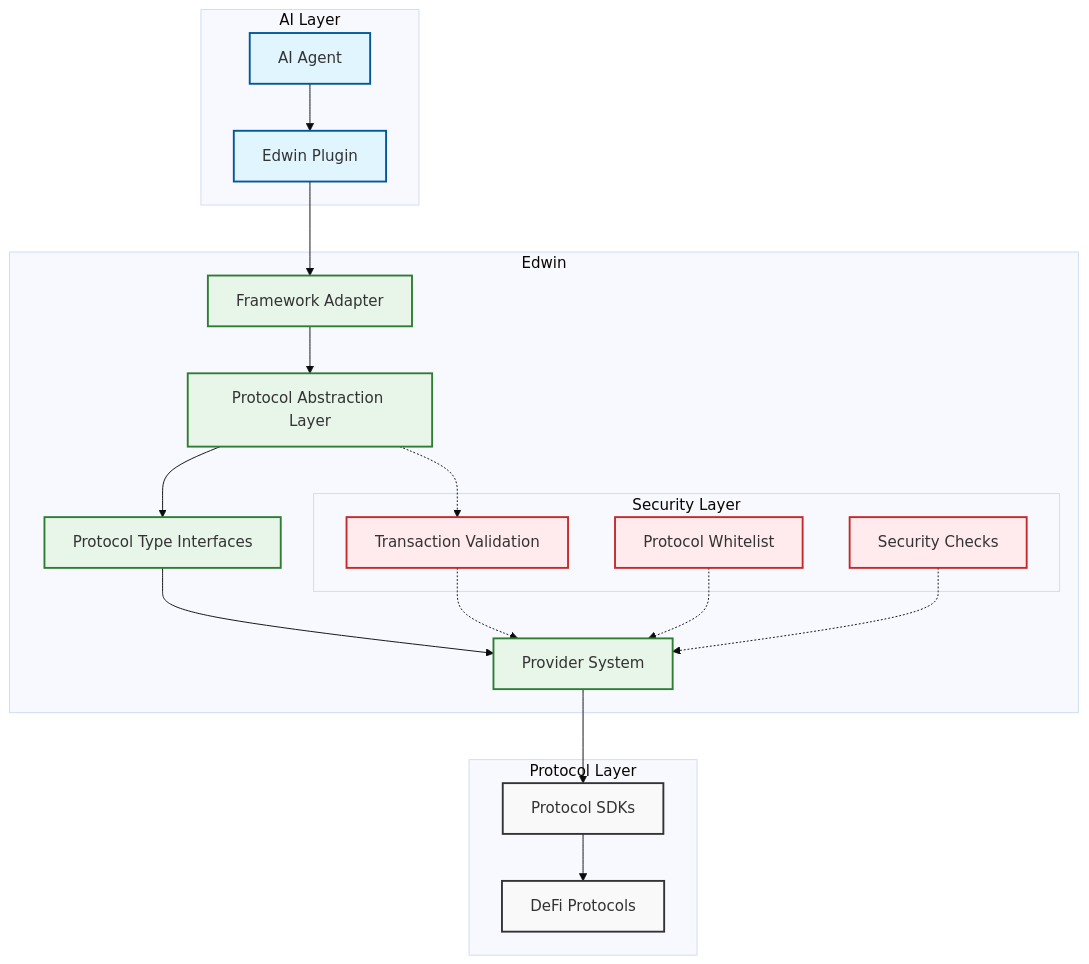
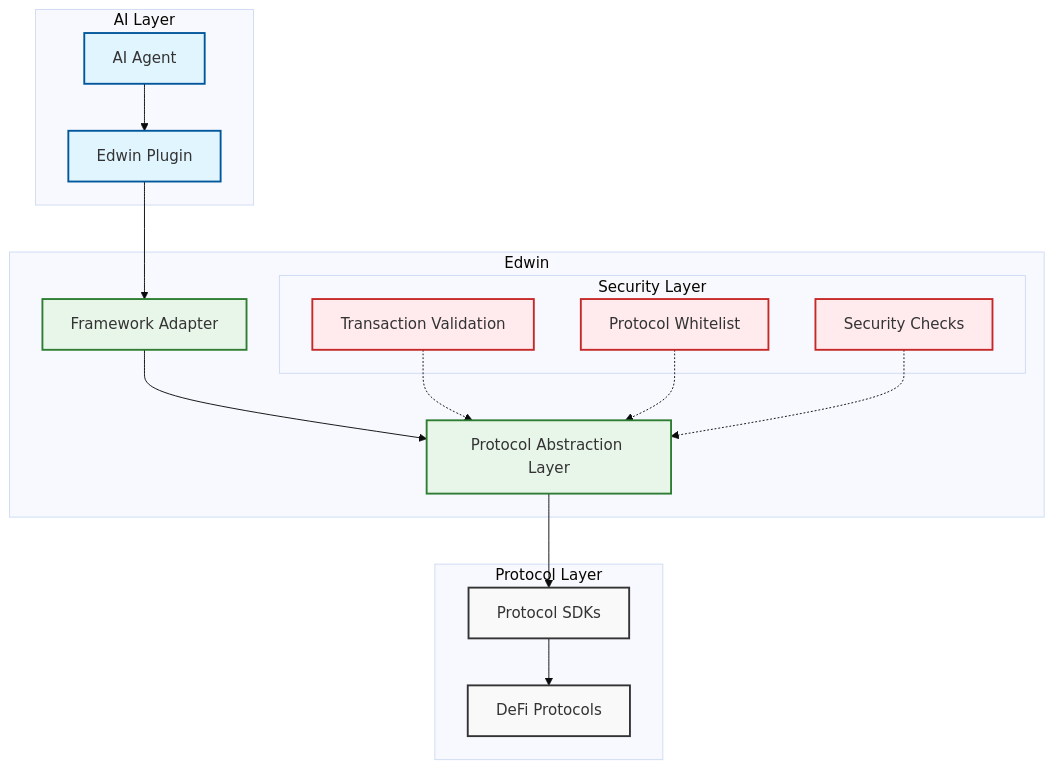
One commit to edwin-finance/docs changed the diagram in core-concepts/how-edwin-works.md. Above: the diagram before and after it, drawn with Mermaid (base theme). The commit also changed other lines of this file, not shown here.

Commit message:
Remove Provider System

````diff
--- a/core-concepts/how-edwin-works.md
+++ b/core-concepts/how-edwin-works.md
@@ -11,51 +11,46 @@
 ```mermaid
 graph TB
     %% Styling
     classDef default fill:#f9f9f9,stroke:#333,stroke-width:2px
     classDef highlight fill:#e1f5fe,stroke:#01579b,stroke-width:2px
     classDef core fill:#e8f5e9,stroke:#2e7d32,stroke-width:2px
     classDef security fill:#ffebee,stroke:#c62828,stroke-width:2px
 
     subgraph "AI Layer"
         A[AI Agent]
         P[Edwin Plugin]
         A --> P
     end
     
     subgraph "Edwin"
         B[Framework Adapter]
         C[Protocol Abstraction Layer]
-        D[Protocol Type Interfaces]
-        E[Provider System]
         
         P --> B
         B --> C
-        C --> D
-        D --> E
         
         subgraph "Security Layer"
             F[Transaction Validation]
             G[Protocol Whitelist]
             H[Security Checks]
         end
     end
     
     subgraph "Protocol Layer"
         I[Protocol SDKs]
         J[DeFi Protocols]
         
-        E --> I
+        C --> I
         I --> J
     end
     
     %% Security connections
-    C -.-> F
-    F -.-> E
-    G -.-> E
-    H -.-> E
+    F -.-> C
+    G -.-> C
+    H -.-> C
 
     %% Apply styles
     class A,P highlight
-    class B,C,D,E core
+    class B,C core
     class F,G,H security
 ```
````
